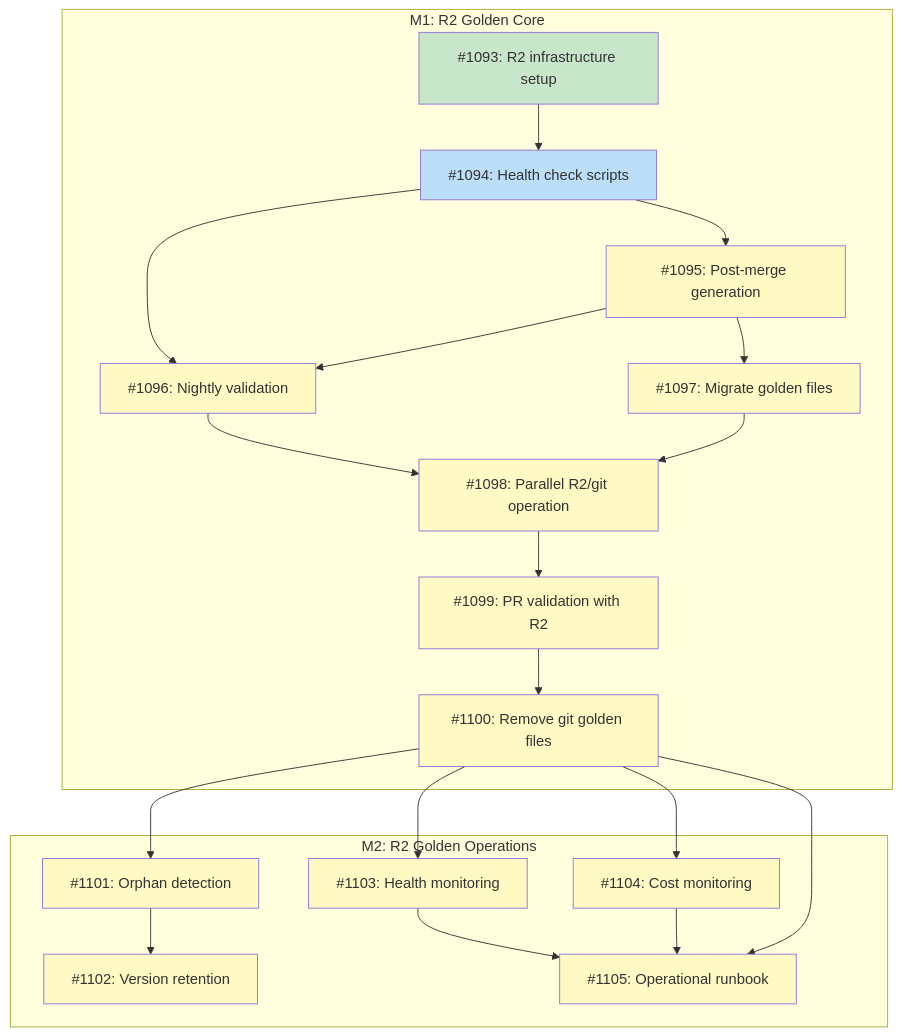
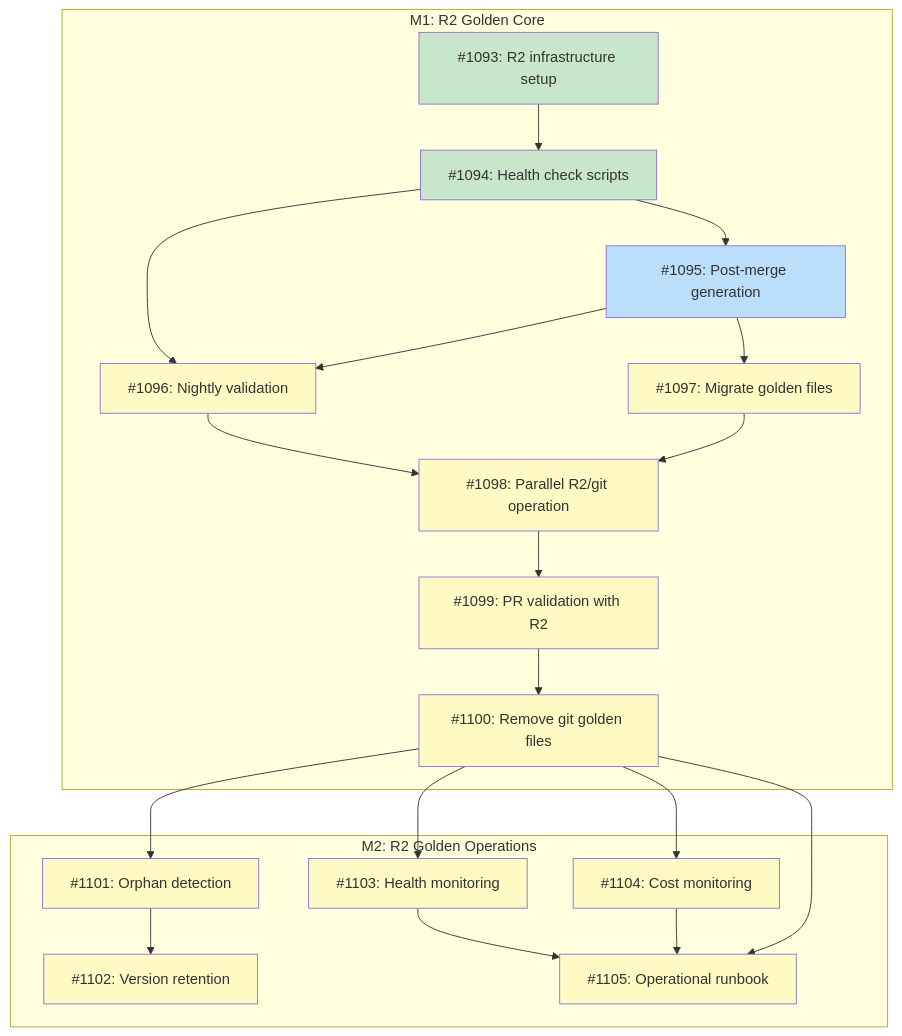
The diagram in docs/designs/DESIGN-r2-golden-storage.md (tsukumogami/tsuku), drawn with Mermaid before and after one commit. The commit also changed 3 other files, not shown here.

````diff
--- a/docs/designs/DESIGN-r2-golden-storage.md
+++ b/docs/designs/DESIGN-r2-golden-storage.md
@@ -41,48 +41,48 @@
 ```mermaid
 graph TD
     subgraph M1["M1: R2 Golden Core"]
         I1093["#1093: R2 infrastructure setup"]
         I1094["#1094: Health check scripts"]
         I1095["#1095: Post-merge generation"]
         I1096["#1096: Nightly validation"]
         I1097["#1097: Migrate golden files"]
         I1098["#1098: Parallel R2/git operation"]
         I1099["#1099: PR validation with R2"]
         I1100["#1100: Remove git golden files"]
     end
 
     subgraph M2["M2: R2 Golden Operations"]
         I1101["#1101: Orphan detection"]
         I1102["#1102: Version retention"]
         I1103["#1103: Health monitoring"]
         I1104["#1104: Cost monitoring"]
         I1105["#1105: Operational runbook"]
     end
 
     I1093 --> I1094
     I1094 --> I1095
     I1094 --> I1096
     I1095 --> I1096
     I1095 --> I1097
     I1096 --> I1098
     I1097 --> I1098
     I1098 --> I1099
     I1099 --> I1100
     I1100 --> I1101
     I1101 --> I1102
     I1100 --> I1103
     I1100 --> I1104
     I1103 --> I1105
     I1104 --> I1105
     I1100 --> I1105
 
     classDef done fill:#c8e6c9
     classDef ready fill:#bbdefb
     classDef blocked fill:#fff9c4
     classDef needsDesign fill:#e1bee7
 
-    class I1093 done
-    class I1094 ready
-    class I1095,I1096,I1097,I1098,I1099,I1100 blocked
+    class I1093,I1094 done
+    class I1095 ready
+    class I1096,I1097,I1098,I1099,I1100 blocked
     class I1101,I1102,I1103,I1104,I1105 blocked
 ```
````
